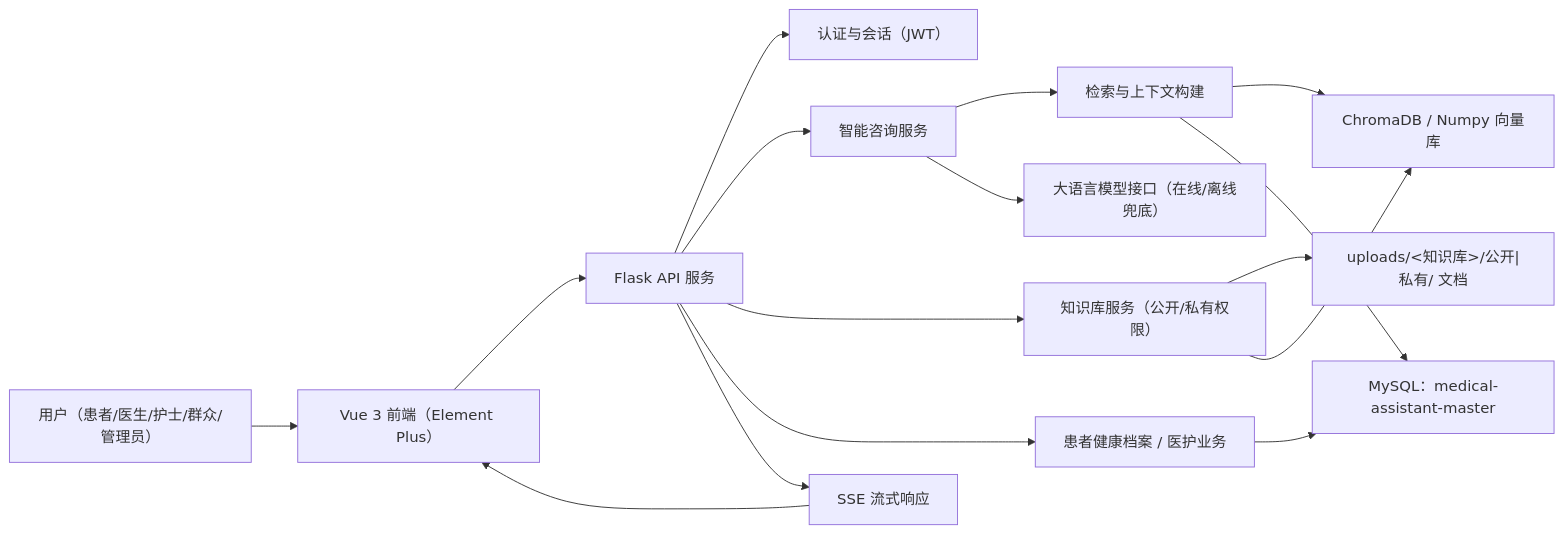
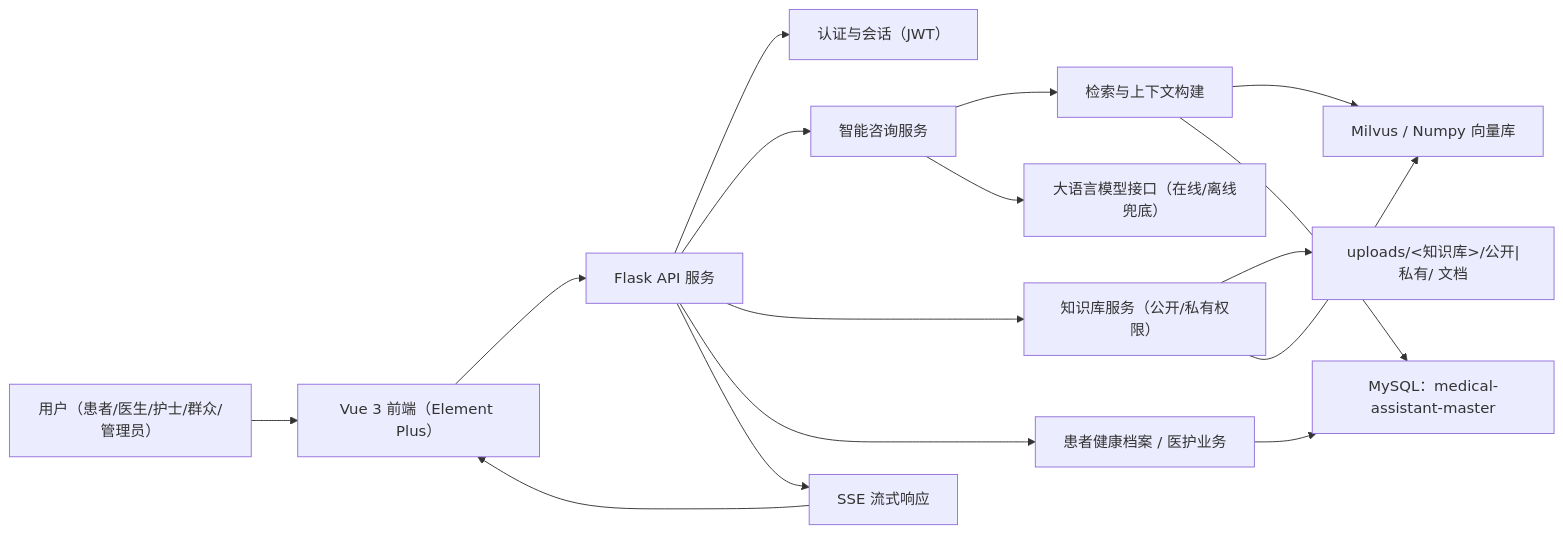
The diagram in README.md (SFANBLOG/medical-assistant-master), drawn with Mermaid before and after one commit. The commit also changed other lines of this file and 20 other files, not shown here.

````diff
--- a/README.md
+++ b/README.md
@@ -39,18 +39,18 @@
 ```mermaid
 flowchart LR
     User["用户（患者/医生/护士/群众/管理员）"] --> UI["Vue 3 前端（Element Plus）"]
     UI --> API["Flask API 服务"]
     API --> Auth["认证与会话（JWT）"]
     API --> Chat["智能咨询服务"]
     API --> KB["知识库服务（公开/私有权限）"]
     API --> Med["患者健康档案 / 医护业务"]
     Chat --> Retriever["检索与上下文构建"]
-    Retriever --> Vector["ChromaDB / Numpy 向量库"]
+    Retriever --> Vector["Milvus / Numpy 向量库"]
     Retriever --> MySQL["MySQL：medical-assistant-master"]
     Chat --> LLM["大语言模型接口（在线/离线兜底）"]
     KB --> Files["uploads/<知识库>/公开|私有/ 文档"]
     KB --> Vector
     Med --> MySQL
     API --> SSE["SSE 流式响应"]
     SSE --> UI
 ```
````
